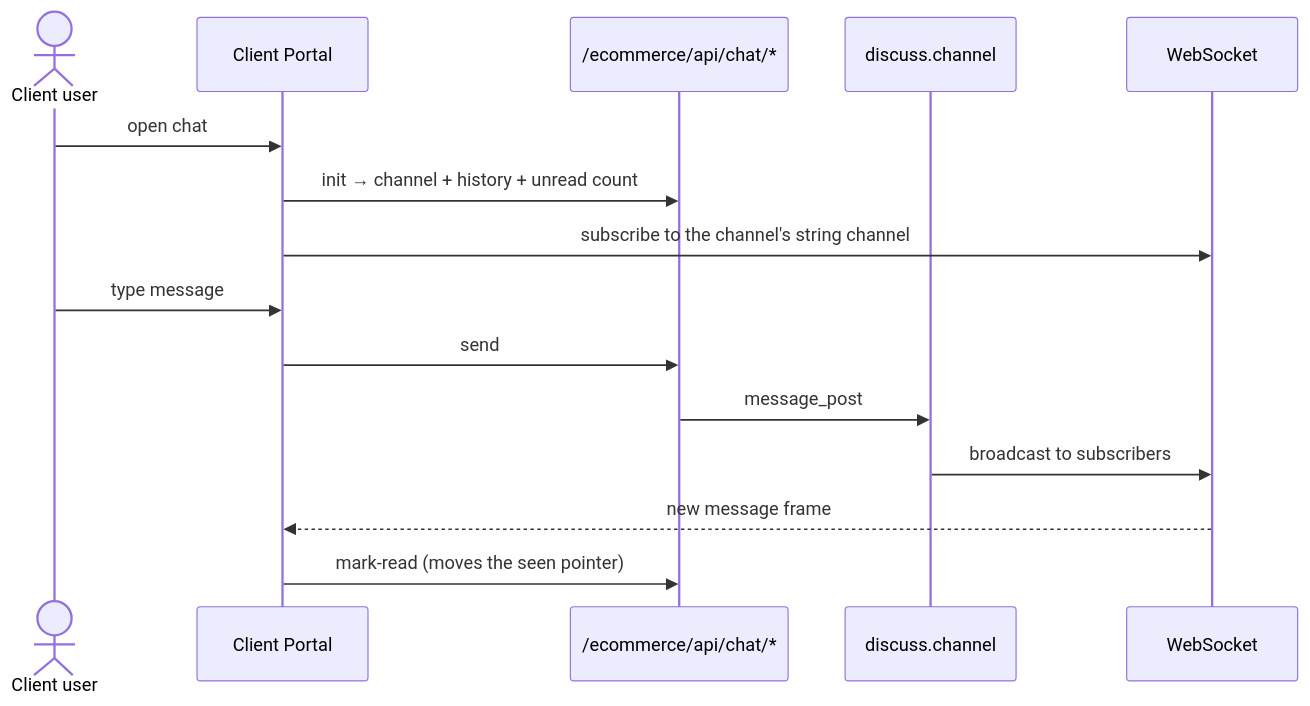
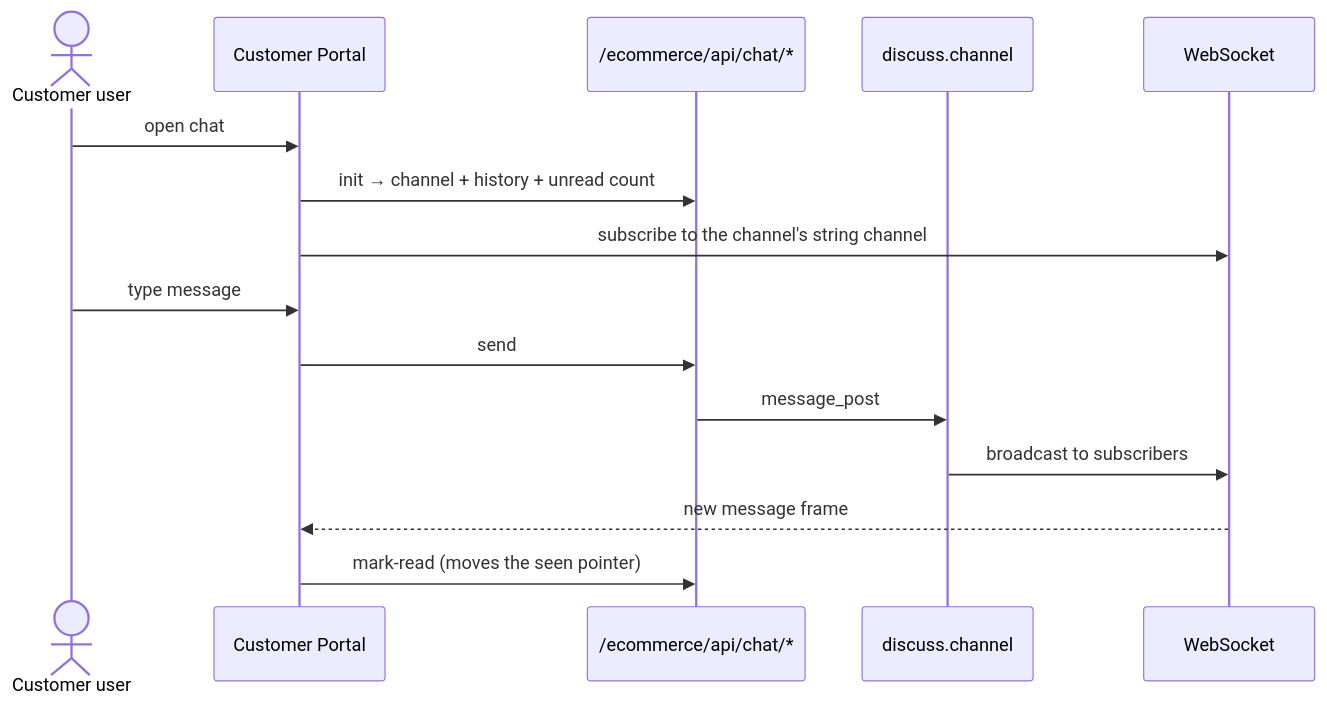
Before and after one commit to LaplaceSoftware/lp_projects_docs: the fourth of 6 diagrams in docs/b2b_ecommerce_docs/_technical_docs/012-Realtime-and-Messaging.md, drawn with Mermaid. The commit also changed other lines of this file and 48 other files, not shown here.

````diff
--- a/docs/b2b_ecommerce_docs/_technical_docs/012-Realtime-and-Messaging.md
+++ b/docs/b2b_ecommerce_docs/_technical_docs/012-Realtime-and-Messaging.md
@@ -81,18 +81,18 @@
 ```mermaid
 sequenceDiagram
-    actor U as Client user
-    participant P as Client Portal
+    actor U as Customer user
+    participant P as Customer Portal
     participant API as /ecommerce/api/chat/*
     participant CH as discuss.channel
     participant WS as WebSocket
 
     U->>P: open chat
     P->>API: init → channel + history + unread count
     P->>WS: subscribe to the channel's string channel
     U->>P: type message
     P->>API: send
     API->>CH: message_post
     CH->>WS: broadcast to subscribers
     WS-->>P: new message frame
     P->>API: mark-read (moves the seen pointer)
 ```
````
